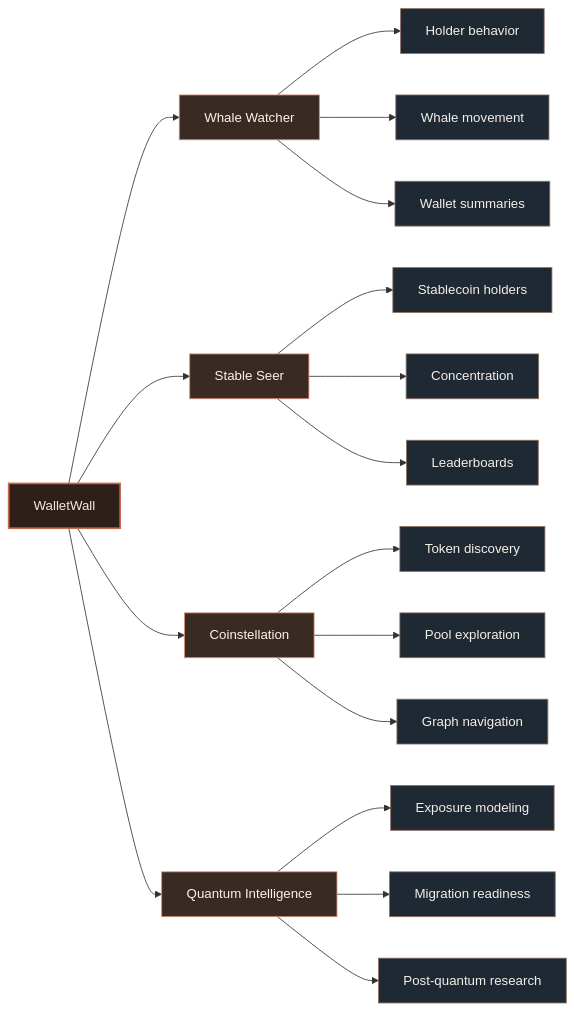
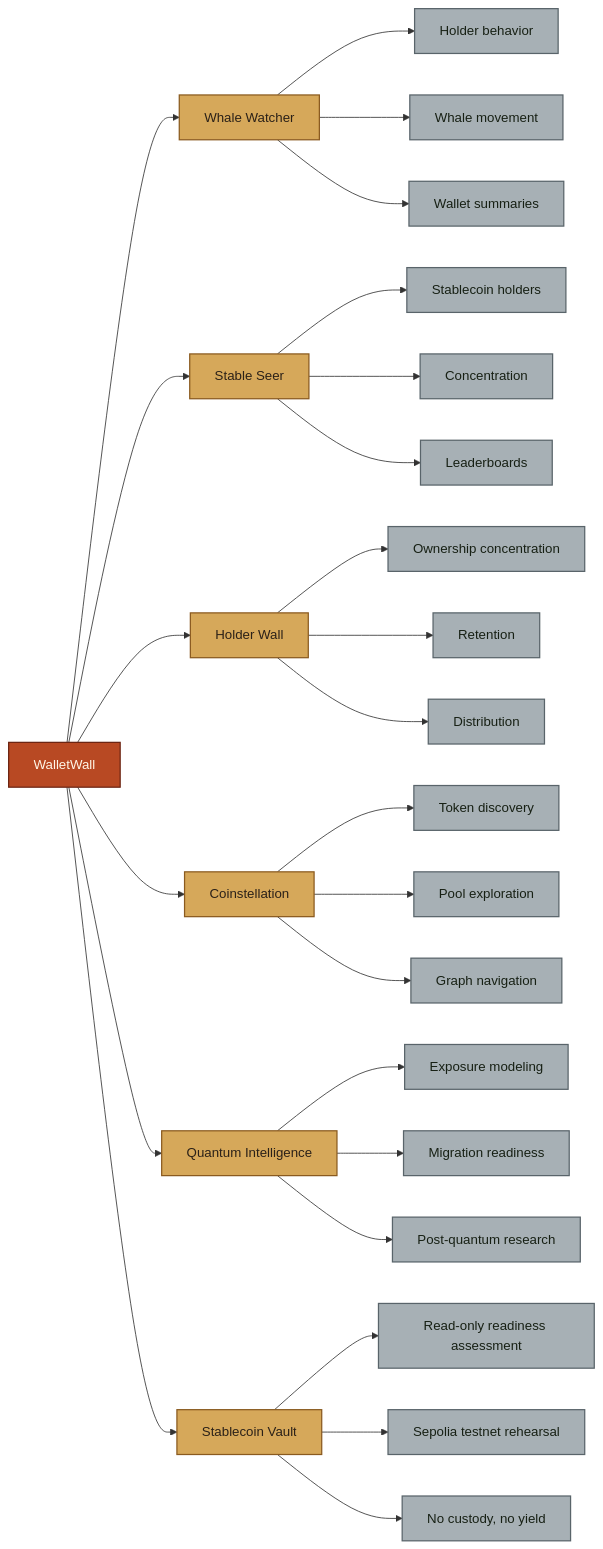
One commit to Wallet-Wall/.github changed the second of 2 diagrams in profile/README.md. Above: the diagram before and after it, drawn with Mermaid. The commit also changed other lines of this file and 1 other file, not shown here.

````diff
--- a/profile/README.md
+++ b/profile/README.md
@@ -57,33 +63,43 @@
 ```mermaid
 flowchart LR
     walletwall[WalletWall]
 
     walletwall --> whaleWatcher[Whale Watcher]
     walletwall --> stableSeer[Stable Seer]
+    walletwall --> holderWall[Holder Wall]
     walletwall --> coinstellation[Coinstellation]
     walletwall --> quantumIntel[Quantum Intelligence]
+    walletwall --> vault[Stablecoin Vault]
 
     whaleWatcher --> holderBehavior[Holder behavior]
     whaleWatcher --> whaleMovement[Whale movement]
     whaleWatcher --> walletSummaries[Wallet summaries]
 
     stableSeer --> stablecoinHolders[Stablecoin holders]
     stableSeer --> concentration[Concentration]
     stableSeer --> leaderboards[Leaderboards]
 
+    holderWall --> ownershipConcentration[Ownership concentration]
+    holderWall --> retention[Retention]
+    holderWall --> distribution[Distribution]
+
     coinstellation --> tokenDiscovery[Token discovery]
     coinstellation --> poolExploration[Pool exploration]
     coinstellation --> graphNavigation[Graph navigation]
 
     quantumIntel --> exposureModeling[Exposure modeling]
     quantumIntel --> migrationReadiness[Migration readiness]
     quantumIntel --> pqResearch[Post-quantum research]
 
-    classDef core fill:#2F1F1A,stroke:#C66B4E,color:#F7EADC,stroke-width:2px
-    classDef surface fill:#3A2A24,stroke:#D98F6F,color:#FFF3E5,stroke-width:1px
-    classDef detail fill:#1F2933,stroke:#8B6F61,color:#F4EFE8,stroke-width:1px
+    vault --> readinessAssessment[Read-only readiness assessment]
+    vault --> testnetRehearsal[Sepolia testnet rehearsal]
+    vault --> noCustody[No custody, no yield]
+
+    classDef core fill:#B84923,stroke:#6B2412,color:#FFF7E8,stroke-width:1.5px;
+    classDef surface fill:#D6A85A,stroke:#8A5A1F,color:#2B2118,stroke-width:1.5px;
+    classDef detail fill:#A7B0B5,stroke:#59646A,color:#172014,stroke-width:1.5px;
 
     class walletwall core
-    class whaleWatcher,stableSeer,coinstellation,quantumIntel surface
-    class holderBehavior,whaleMovement,walletSummaries,stablecoinHolders,concentration,leaderboards,tokenDiscovery,poolExploration,graphNavigation,exposureModeling,migrationReadiness,pqResearch detail
+    class whaleWatcher,stableSeer,holderWall,coinstellation,quantumIntel,vault surface
+    class holderBehavior,whaleMovement,walletSummaries,stablecoinHolders,concentration,leaderboards,ownershipConcentration,retention,distribution,tokenDiscovery,poolExploration,graphNavigation,exposureModeling,migrationReadiness,pqResearch,readinessAssessment,testnetRehearsal,noCustody detail
 ```
````
